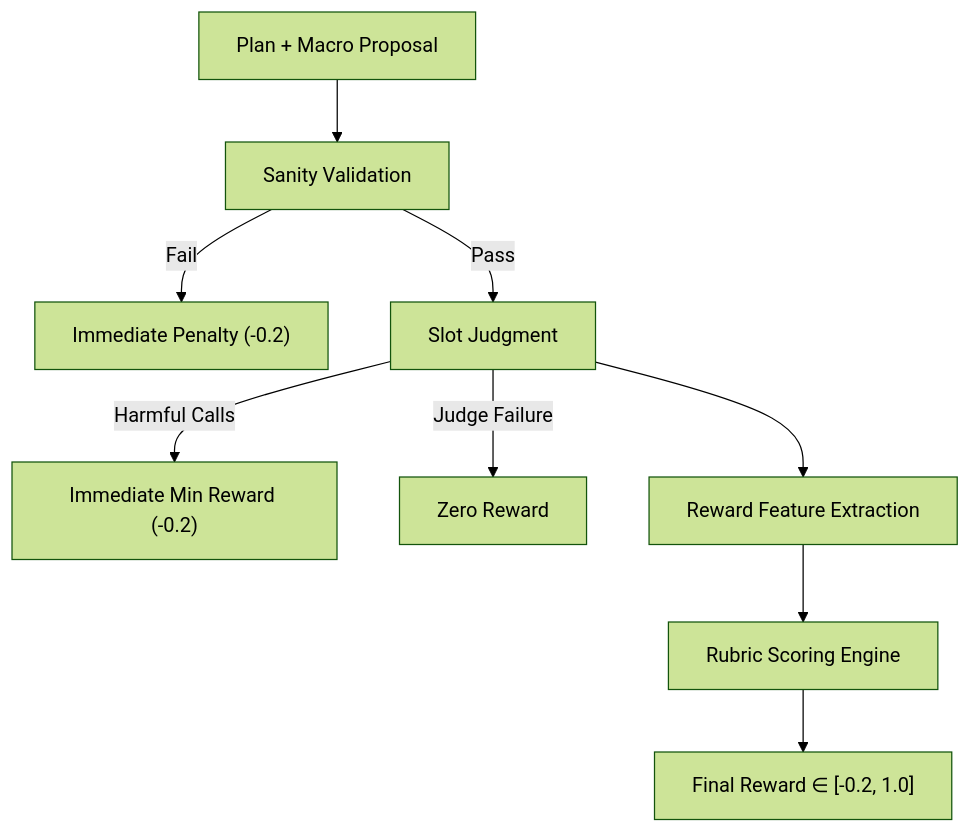
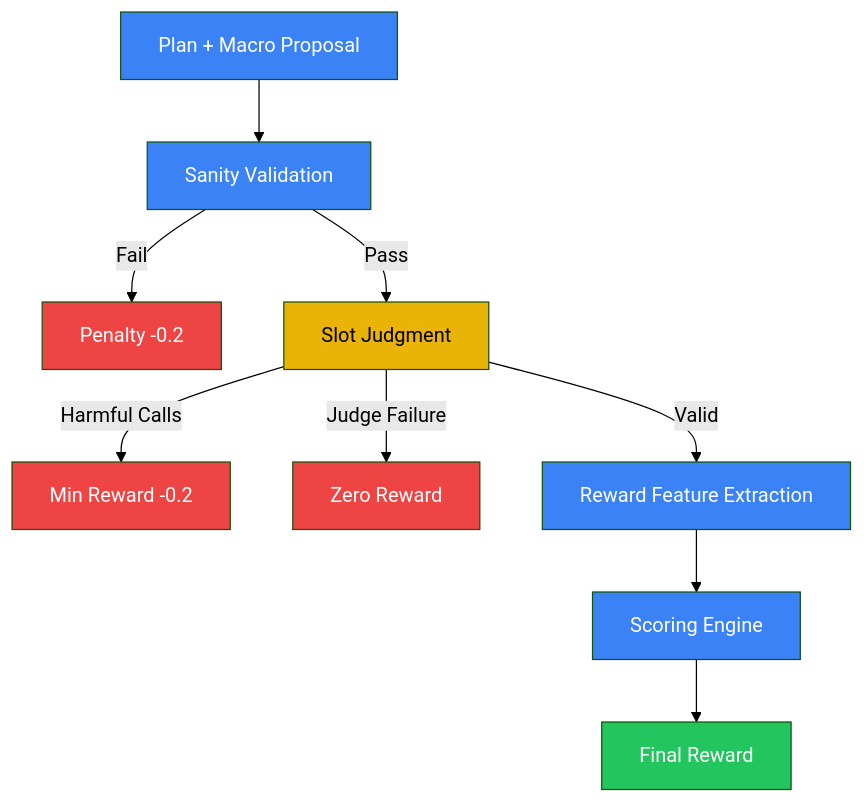
Before and after one commit to DevastatingRPG/toolforge-ssv: the third of 6 diagrams in README.md, drawn with Mermaid (forest theme). The commit also changed other lines of this file and 1 other file, not shown here.

````diff
--- a/README.md
+++ b/README.md
@@ -105,13 +115,18 @@
 ```mermaid
 flowchart TD
-    A[Plan + Macro Proposal] --> B[Sanity Validation]
-    B -->|Fail| X["Immediate Penalty (-0.2)"]
+    A[Plan + Macro Proposal]:::process --> B[Sanity Validation]:::process
+    B -->|Fail| X[Penalty -0.2]:::error
+    B -->|Pass| C[Slot Judgment]:::decision
 
-    B -->|Pass| C[Slot Judgment]
-    C -->|Harmful Calls| Y["Immediate Min Reward (-0.2)"]
-    C -->|Judge Failure| Z[Zero Reward]
+    C -->|Harmful Calls| Y[Min Reward -0.2]:::error
+    C -->|Judge Failure| Z[Zero Reward]:::error
+    C -->|Valid| D[Reward Feature Extraction]:::process
 
-    C --> D[Reward Feature Extraction]
-    D --> E[Rubric Scoring Engine]
-    E --> F["Final Reward ∈ [-0.2, 1.0]"]
+    D --> E[Scoring Engine]:::process
+    E --> F[Final Reward]:::success
+
+    classDef process fill:#3b82f6,color:#fff
+    classDef decision fill:#eab308,color:#000
+    classDef success fill:#22c55e,color:#fff
+    classDef error fill:#ef4444,color:#fff
 ```
````
